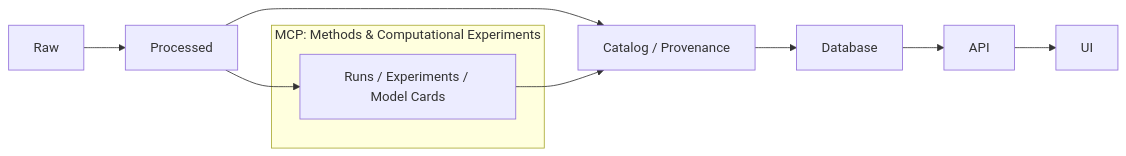
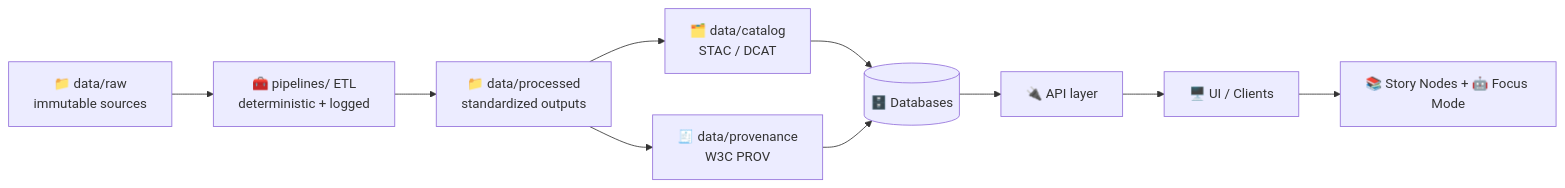
One commit to bartytime4life/Kansas-Frontier-Matrix changed the diagram in mcp/templates/README.md. Above: the diagram before and after it, drawn with Mermaid. The commit also changed other lines of this file, not shown here.

````diff
--- a/mcp/templates/README.md
+++ b/mcp/templates/README.md
@@ -137,13 +71,12 @@
 ```mermaid
 flowchart LR
-  A[Raw] --> B[Processed]
-  B --> C[Catalog / Provenance]
-  C --> D[Database]
-  D --> E[API]
-  E --> F[UI]
-  subgraph MCP["MCP: Methods & Computational Experiments"]
-    G[Runs / Experiments / Model Cards]
-  end
-  B --> G
-  G --> C
+  A[📁 data/raw<br/>immutable sources] --> B[🧰 pipelines/ ETL<br/>deterministic + logged]
+  B --> C[📁 data/processed<br/>standardized outputs]
+  C --> D[🗂️ data/catalog<br/>STAC / DCAT]
+  C --> E[🧾 data/provenance<br/>W3C PROV]
+  D --> F[(🗄️ Databases)]
+  E --> F
+  F --> G[🔌 API layer]
+  G --> H[🖥️ UI / Clients]
+  H --> I[📚 Story Nodes + 🤖 Focus Mode]
 ```
````
